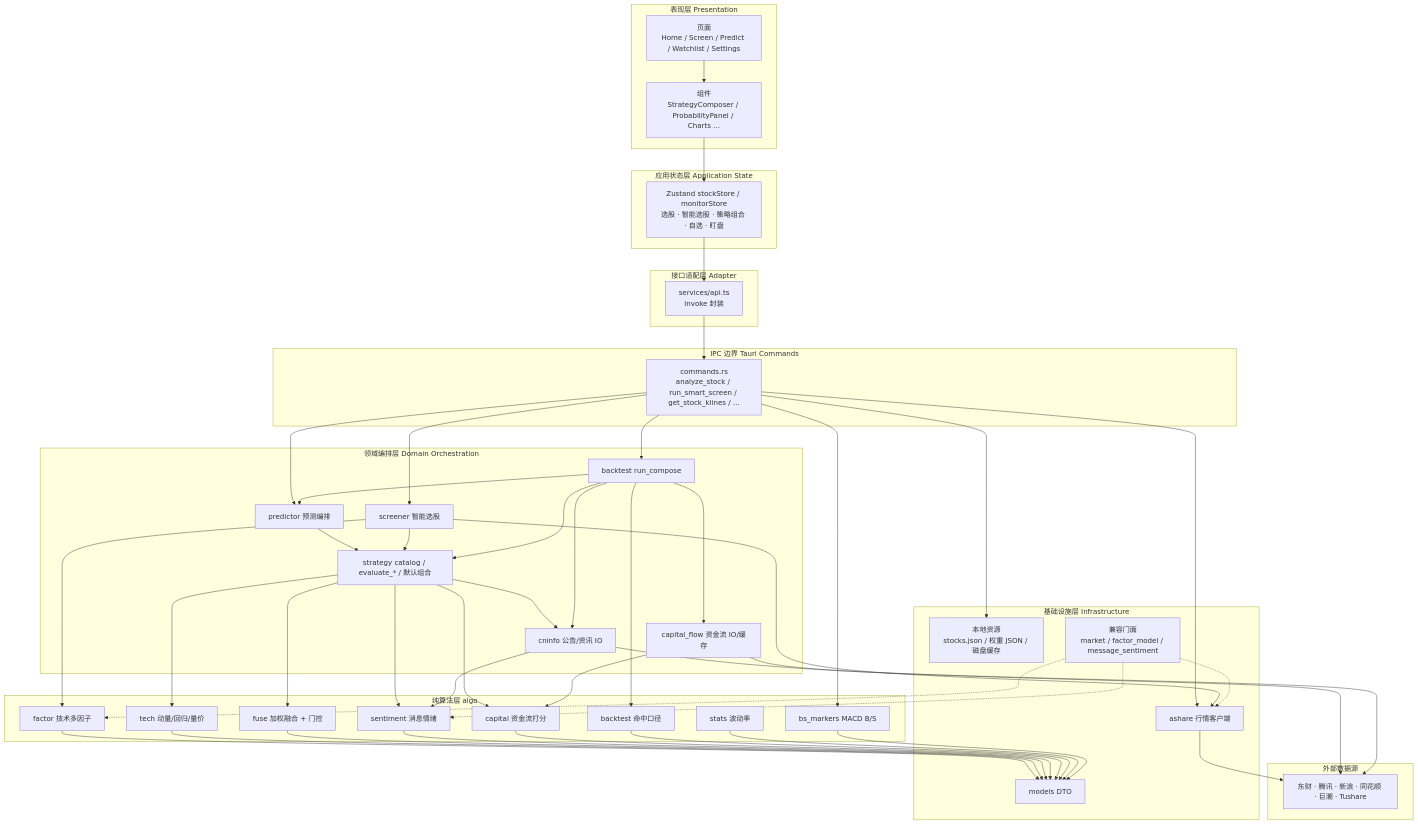
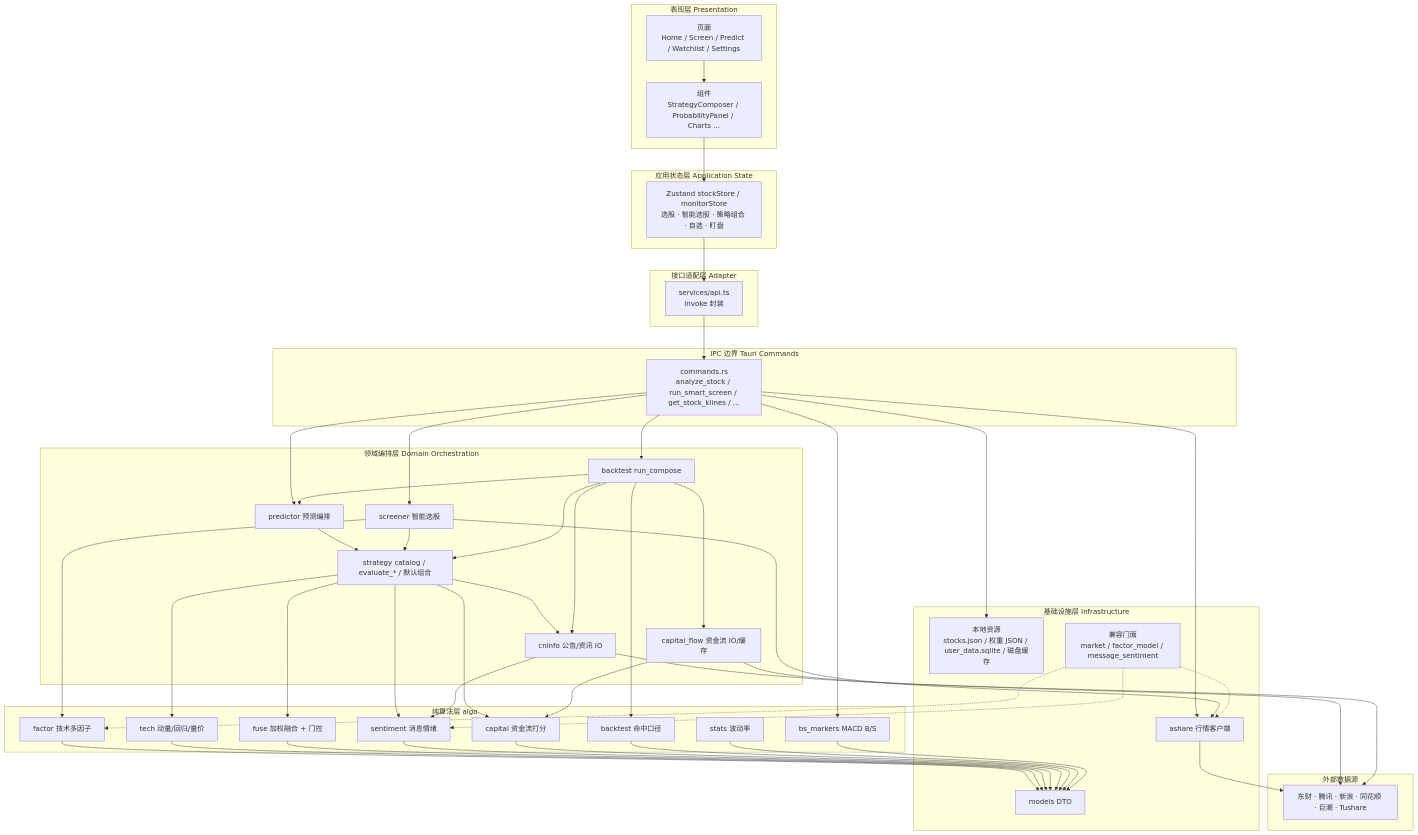
Before and after one commit to wuyanwen1997-wyw/stock-predict: the first of 18 diagrams in docs/软件设计说明.md, drawn with Mermaid. The commit also changed other lines of this file and 17 other files, not shown here.

First line of the commit message:
feat: 用户数据迁移至 app_data_dir SQLite，升级不丢自选与策略

````diff
--- a/docs/软件设计说明.md
+++ b/docs/软件设计说明.md
@@ -28,69 +28,69 @@
 ```mermaid
 flowchart TB
     subgraph 表现层["表现层 Presentation"]
         PAGES["页面<br/>Home / Screen / Predict / Watchlist / Settings"]
         COMP["组件<br/>StrategyComposer / ProbabilityPanel / Charts …"]
     end
 
     subgraph 应用状态层["应用状态层 Application State"]
         STORE["Zustand stockStore / monitorStore<br/>选股 · 智能选股 · 策略组合 · 自选 · 盯盘"]
     end
 
     subgraph 接口适配层["接口适配层 Adapter"]
         API["services/api.ts<br/>invoke 封装"]
     end
 
     subgraph IPC边界["IPC 边界 Tauri Commands"]
         CMD["commands.rs<br/>analyze_stock / run_smart_screen / get_stock_klines / …"]
     end
 
     subgraph 领域编排层["领域编排层 Domain Orchestration"]
         PRED["predictor 预测编排"]
         STR["strategy catalog / evaluate_* / 默认组合"]
         BT["backtest run_compose"]
         SCR["screener 智能选股"]
         CNI["cninfo 公告/资讯 IO"]
         CAPIO["capital_flow 资金流 IO/缓存"]
     end
 
     subgraph 纯算法层["纯算法层 algo"]
         FAC["factor 技术多因子"]
         TECH["tech 动量/回归/量价"]
         FUSE["fuse 加权融合 + 门控"]
         SENT["sentiment 消息情绪"]
         CAPA["capital 资金流打分"]
         BTA["backtest 命中口径"]
         STAT["stats 波动率"]
         BSM["bs_markers MACD B/S"]
     end
 
     subgraph 基础设施层["基础设施层 Infrastructure"]
         ASH["ashare 行情客户端"]
         MOD["models DTO"]
-        RES["本地资源<br/>stocks.json / 权重 JSON / 磁盘缓存"]
+        RES["本地资源<br/>stocks.json / 权重 JSON / user_data.sqlite / 磁盘缓存"]
         FACADES["兼容门面<br/>market / factor_model / message_sentiment"]
     end
 
     subgraph 外部系统["外部数据源"]
         EXT["东财 · 腾讯 · 新浪 · 同花顺 · 巨潮 · Tushare"]
     end
 
     PAGES --> COMP
     COMP --> STORE
     STORE --> API
     API --> CMD
     CMD --> PRED & BT & SCR & ASH
     PRED --> STR
     SCR --> STR & ASH & FAC
     STR --> TECH & SENT & CAPA & FUSE
     STR --> CNI
     BT --> PRED & STR & BTA
     BT --> CNI & CAPIO
     CAPIO --> CAPA
     CNI --> SENT
     CMD --> BSM
     ASH & CNI & CAPIO --> EXT
     CMD --> RES
     FACADES -.-> ASH & FAC & SENT
     FAC & TECH & FUSE & SENT & CAPA & BTA & STAT & BSM --> MOD
 ```
````
